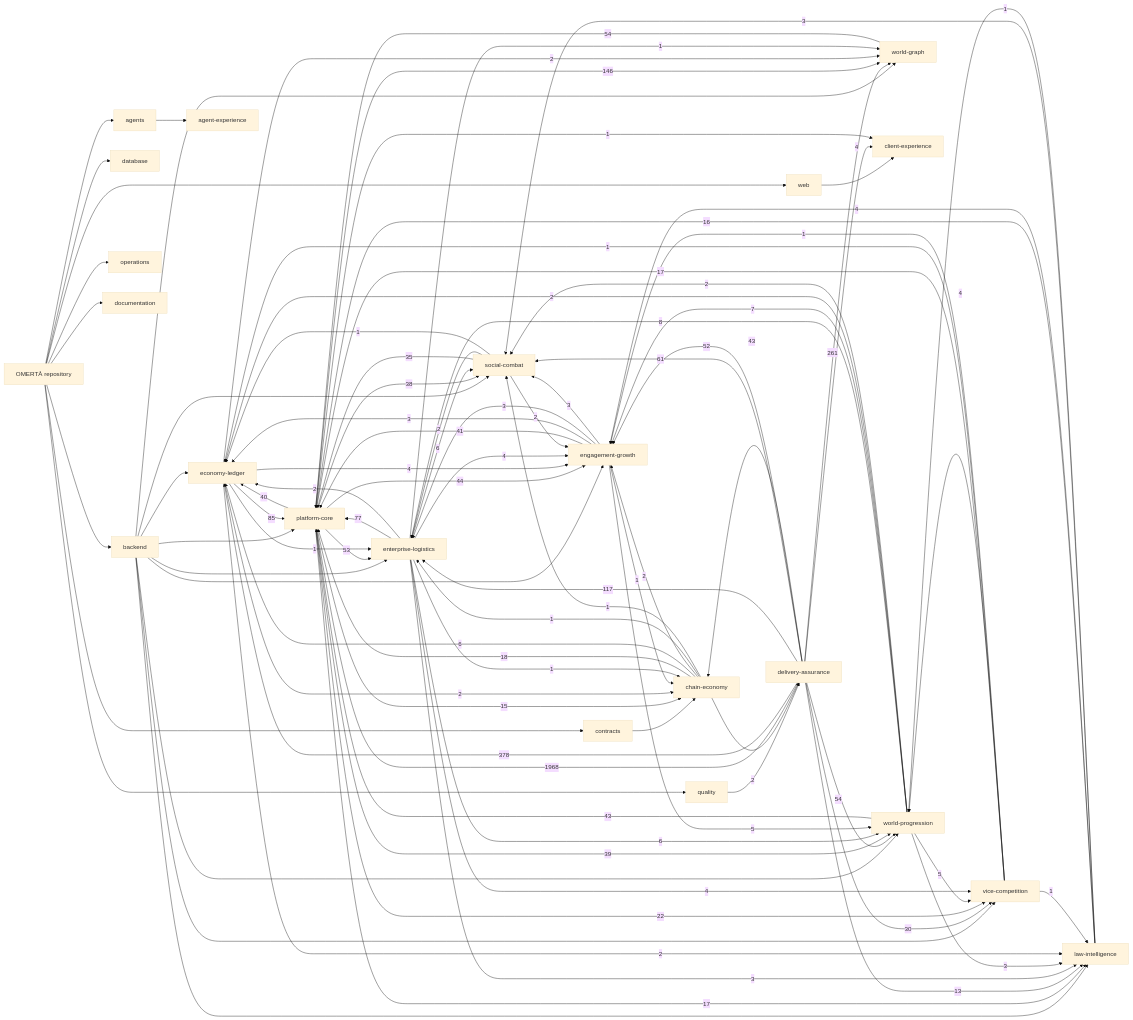
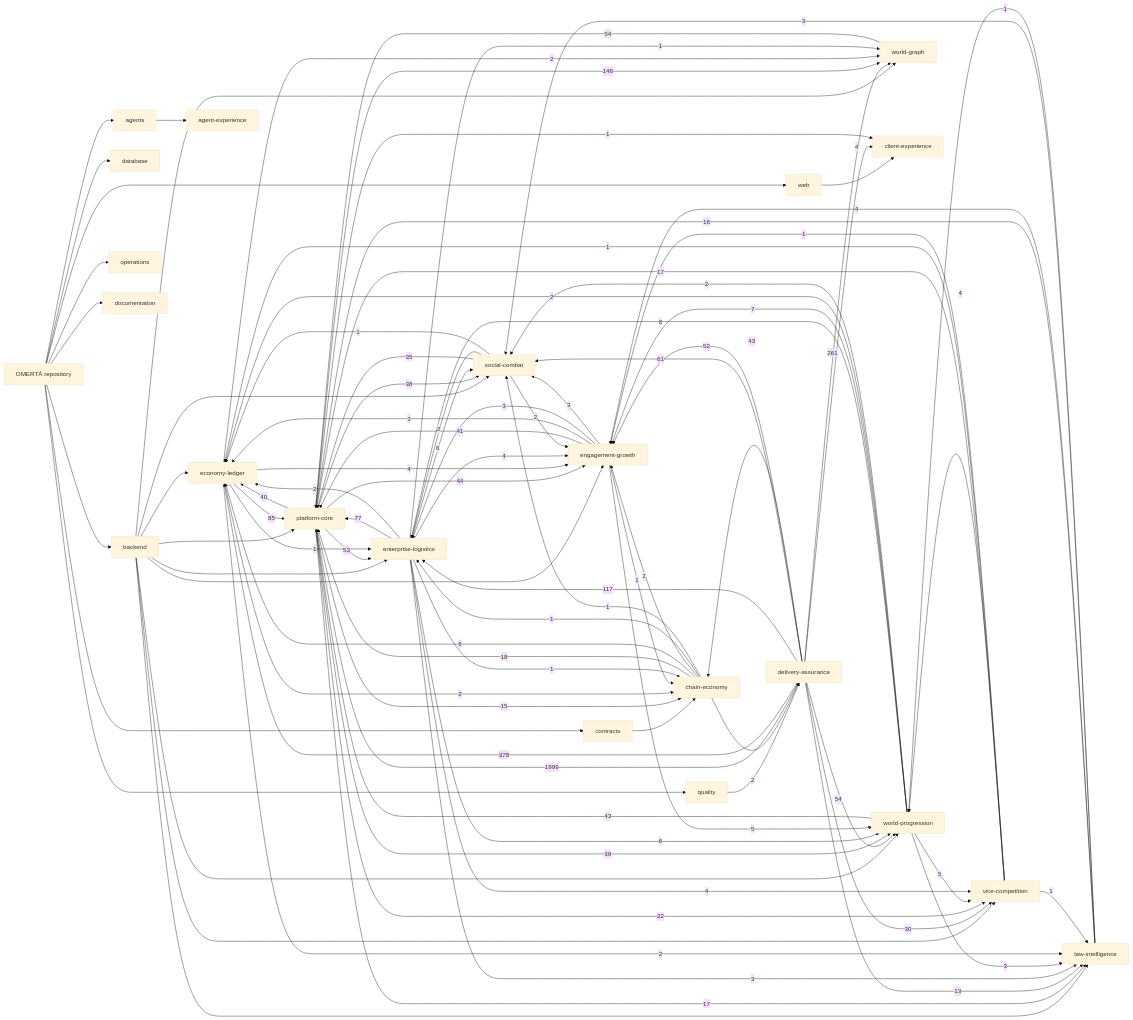
One commit to OmertaDev/Omerta changed the diagram in knowledge/generated/graph.mmd. Above: the diagram before and after it, drawn with Mermaid (base theme). The commit also changed 8 other files, not shown here.

Commit message:
Refresh repository graph for quest quality release

```diff
--- a/knowledge/generated/graph.mmd
+++ b/knowledge/generated/graph.mmd
@@ -1,113 +1,113 @@
 flowchart LR
   repo["OMERTÀ repository"]
   sub_backend["backend"]
   repo --> sub_backend
   sub_database["database"]
   repo --> sub_database
   sub_web["web"]
   repo --> sub_web
   sub_contracts["contracts"]
   repo --> sub_contracts
   sub_agents["agents"]
   repo --> sub_agents
   sub_quality["quality"]
   repo --> sub_quality
   sub_operations["operations"]
   repo --> sub_operations
   sub_documentation["documentation"]
   repo --> sub_documentation
   dom_platform-core["platform-core"]
   dom_economy-ledger["economy-ledger"]
   dom_social-combat["social-combat"]
   dom_world-progression["world-progression"]
   dom_world-graph["world-graph"]
   dom_enterprise-logistics["enterprise-logistics"]
   dom_vice-competition["vice-competition"]
   dom_law-intelligence["law-intelligence"]
   dom_chain-economy["chain-economy"]
   dom_engagement-growth["engagement-growth"]
   dom_client-experience["client-experience"]
   dom_agent-experience["agent-experience"]
   dom_delivery-assurance["delivery-assurance"]
   sub_agents --> dom_agent-experience
   sub_backend --> dom_economy-ledger
   sub_backend --> dom_engagement-growth
   sub_backend --> dom_enterprise-logistics
   sub_backend --> dom_law-intelligence
   sub_backend --> dom_platform-core
   sub_backend --> dom_social-combat
   sub_backend --> dom_vice-competition
   sub_backend --> dom_world-graph
   sub_backend --> dom_world-progression
   sub_contracts --> dom_chain-economy
   sub_quality --> dom_delivery-assurance
   sub_web --> dom_client-experience
-  dom_delivery-assurance -->|1968| dom_platform-core
+  dom_delivery-assurance -->|1999| dom_platform-core
   dom_delivery-assurance -->|378| dom_economy-ledger
   dom_delivery-assurance -->|261| dom_world-graph
   dom_platform-core -->|146| dom_world-graph
   dom_delivery-assurance -->|117| dom_enterprise-logistics
   dom_economy-ledger -->|85| dom_platform-core
   dom_enterprise-logistics -->|77| dom_platform-core
   dom_delivery-assurance -->|61| dom_social-combat
   dom_delivery-assurance -->|54| dom_world-progression
   dom_world-graph -->|54| dom_platform-core
   dom_platform-core -->|53| dom_enterprise-logistics
   dom_delivery-assurance -->|52| dom_engagement-growth
   dom_platform-core -->|44| dom_engagement-growth
   dom_delivery-assurance -->|43| dom_chain-economy
   dom_world-progression -->|43| dom_platform-core
   dom_engagement-growth -->|41| dom_platform-core
   dom_platform-core -->|40| dom_economy-ledger
   dom_platform-core -->|39| dom_world-progression
   dom_platform-core -->|38| dom_social-combat
   dom_social-combat -->|35| dom_platform-core
   dom_delivery-assurance -->|30| dom_vice-competition
   dom_platform-core -->|22| dom_vice-competition
   dom_chain-economy -->|18| dom_platform-core
   dom_platform-core -->|17| dom_law-intelligence
   dom_vice-competition -->|17| dom_platform-core
   dom_law-intelligence -->|16| dom_platform-core
   dom_platform-core -->|15| dom_chain-economy
   dom_delivery-assurance -->|13| dom_law-intelligence
   dom_world-progression -->|8| dom_enterprise-logistics
   dom_world-progression -->|7| dom_engagement-growth
   dom_chain-economy -->|6| dom_economy-ledger
   dom_enterprise-logistics -->|6| dom_social-combat
   dom_enterprise-logistics -->|6| dom_world-progression
   dom_engagement-growth -->|5| dom_world-progression
   dom_world-progression -->|5| dom_vice-competition
   dom_delivery-assurance -->|4| dom_client-experience
   dom_economy-ledger -->|4| dom_engagement-growth
   dom_enterprise-logistics -->|4| dom_engagement-growth
   dom_enterprise-logistics -->|4| dom_vice-competition
   dom_law-intelligence -->|4| dom_engagement-growth
   dom_vice-competition -->|4| dom_world-progression
   dom_engagement-growth -->|3| dom_economy-ledger
   dom_engagement-growth -->|3| dom_enterprise-logistics
   dom_engagement-growth -->|3| dom_social-combat
   dom_enterprise-logistics -->|3| dom_law-intelligence
   dom_law-intelligence -->|3| dom_social-combat
   dom_world-progression -->|3| dom_law-intelligence
   dom_chain-economy -->|2| dom_delivery-assurance
   dom_chain-economy -->|2| dom_engagement-growth
   dom_economy-ledger -->|2| dom_chain-economy
   dom_economy-ledger -->|2| dom_law-intelligence
   dom_economy-ledger -->|2| dom_world-graph
   dom_enterprise-logistics -->|2| dom_economy-ledger
   dom_social-combat -->|2| dom_engagement-growth
   dom_social-combat -->|2| dom_enterprise-logistics
   dom_world-progression -->|2| dom_economy-ledger
   dom_world-progression -->|2| dom_social-combat
   dom_chain-economy -->|1| dom_enterprise-logistics
   dom_chain-economy -->|1| dom_social-combat
   dom_economy-ledger -->|1| dom_enterprise-logistics
   dom_engagement-growth -->|1| dom_chain-economy
   dom_enterprise-logistics -->|1| dom_chain-economy
   dom_enterprise-logistics -->|1| dom_world-graph
   dom_law-intelligence -->|1| dom_world-progression
   dom_platform-core -->|1| dom_client-experience
   dom_social-combat -->|1| dom_economy-ledger
   dom_vice-competition -->|1| dom_economy-ledger
   dom_vice-competition -->|1| dom_engagement-growth
   dom_vice-competition -->|1| dom_law-intelligence
```
